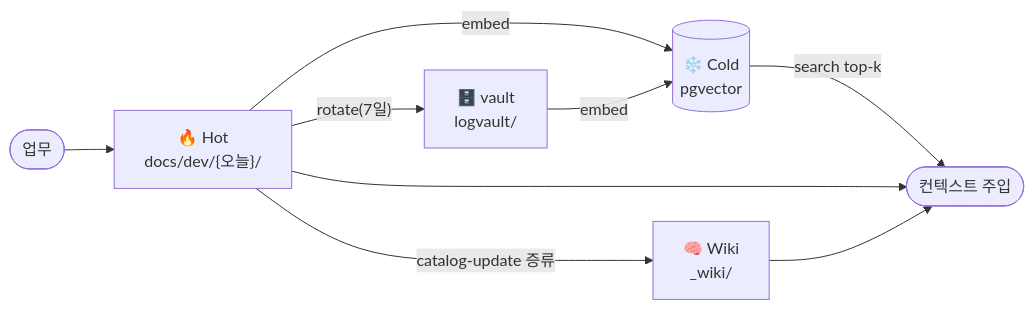
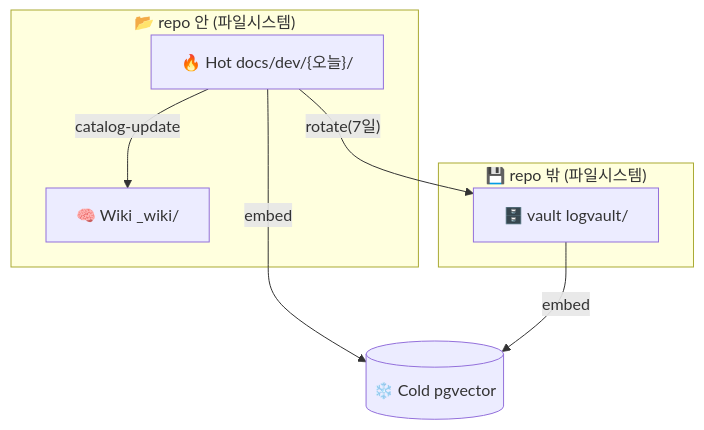
Before and after one commit to mzd-nrkim/loregist: the second of 4 diagrams in README.md, drawn with Mermaid.

````diff
--- a/README.md
+++ b/README.md
@@ -31,11 +31,16 @@
 ```mermaid
-flowchart LR
-    WORK([업무]) --> HOT["🔥 Hot\ndocs/dev/{오늘}/"]
-    HOT -->|"rotate(7일)"| VAULT["🗄️ vault\nlogvault/"]
-    HOT -->|embed| COLD[("❄️ Cold\npgvector")]
-    VAULT -->|embed| COLD
-    HOT -->|"catalog-update 증류"| WIKI["🧠 Wiki\n_wiki/"]
-    COLD -->|"search top-k"| CTX([컨텍스트 주입])
-    HOT --> CTX
-    WIKI --> CTX
+flowchart TB
+    subgraph REPO["📂 repo 안 (파일시스템)"]
+        HOT["🔥 Hot  docs/dev/{오늘}/"]
+        WIKI["🧠 Wiki  _wiki/"]
+    end
+    subgraph OUTREPO["💾 repo 밖 (파일시스템)"]
+        VAULT["🗄️ vault  logvault/"]
+    end
+    DB[("❄️ Cold  pgvector")]
+
+    HOT -->|"rotate(7일)"| VAULT
+    HOT -->|embed| DB
+    VAULT -->|embed| DB
+    HOT -->|"catalog-update"| WIKI
 ```
````
